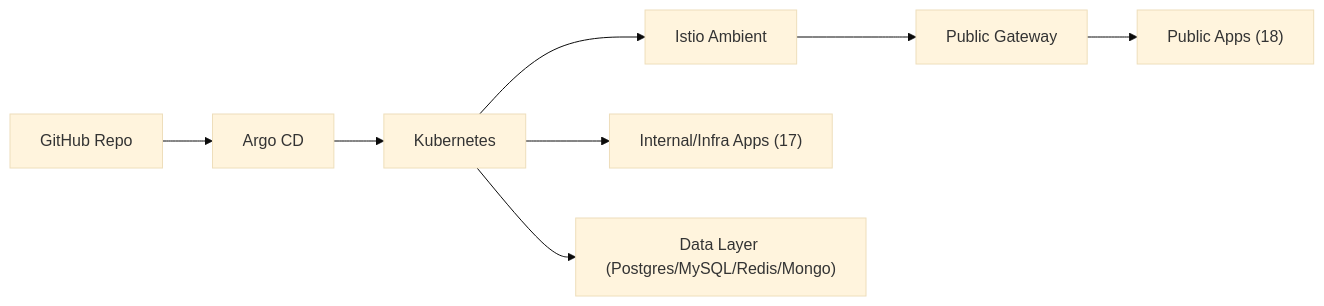
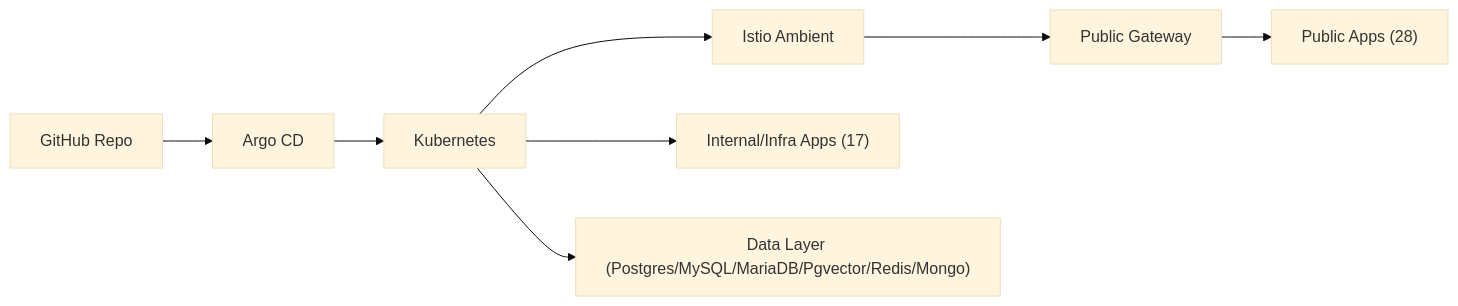
The diagram in README.md (noeulnight/homelab), drawn with Mermaid (base theme) before and after one commit. The commit also changed other lines of this file and 9 other files, not shown here.

````diff
--- a/README.md
+++ b/README.md
@@ -13,10 +13,10 @@
 ```mermaid
 flowchart LR
   GitHub["GitHub Repo"] --> Argo["Argo CD"]
   Argo --> K8s["Kubernetes"]
   K8s --> Istio["Istio Ambient"]
   Istio --> Gateway["Public Gateway"]
-  Gateway --> PublicApps["Public Apps (18)"]
+  Gateway --> PublicApps["Public Apps (28)"]
   K8s --> InternalApps["Internal/Infra Apps (17)"]
-  K8s --> Data["Data Layer (Postgres/MySQL/Redis/Mongo)"]
+  K8s --> Data["Data Layer (Postgres/MySQL/MariaDB/Pgvector/Redis/Mongo)"]
 ```
````
